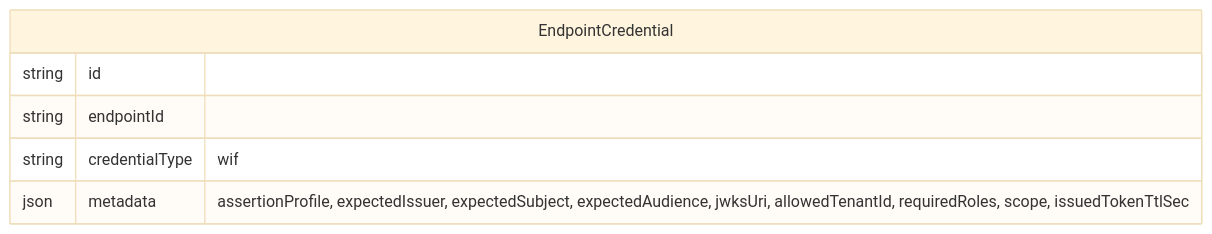
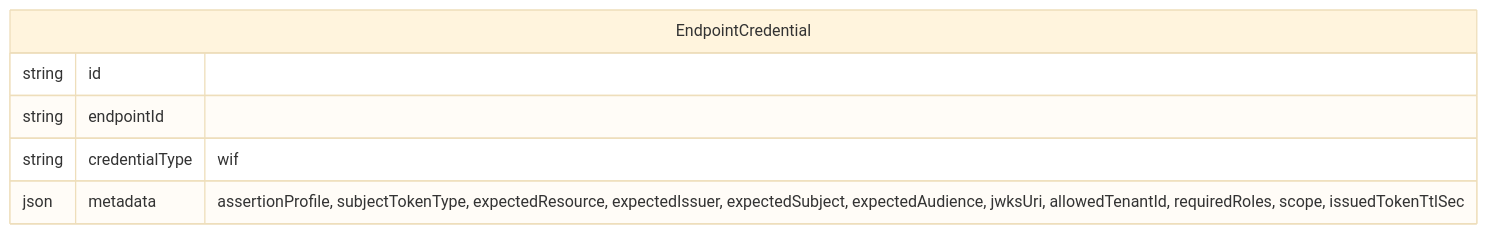
One commit to pranems/SCIMServer changed the ninth of 17 diagrams in docs/WIF_JWT_BEARER_ASSERTION_FOR_SCIM.md. Above: the diagram before and after it, drawn with Mermaid (base theme). The commit also changed other lines of this file and 1 other file, not shown here.

````diff
--- a/docs/WIF_JWT_BEARER_ASSERTION_FOR_SCIM.md
+++ b/docs/WIF_JWT_BEARER_ASSERTION_FOR_SCIM.md
@@ -414,9 +456,9 @@
 ```mermaid
 erDiagram
     EndpointCredential {
         string id
         string endpointId
         string credentialType "wif"
-        json metadata "assertionProfile, expectedIssuer, expectedSubject, expectedAudience, jwksUri, allowedTenantId, requiredRoles, scope, issuedTokenTtlSec"
+        json metadata "assertionProfile, subjectTokenType, expectedResource, expectedIssuer, expectedSubject, expectedAudience, jwksUri, allowedTenantId, requiredRoles, scope, issuedTokenTtlSec"
     }
 ```
````
